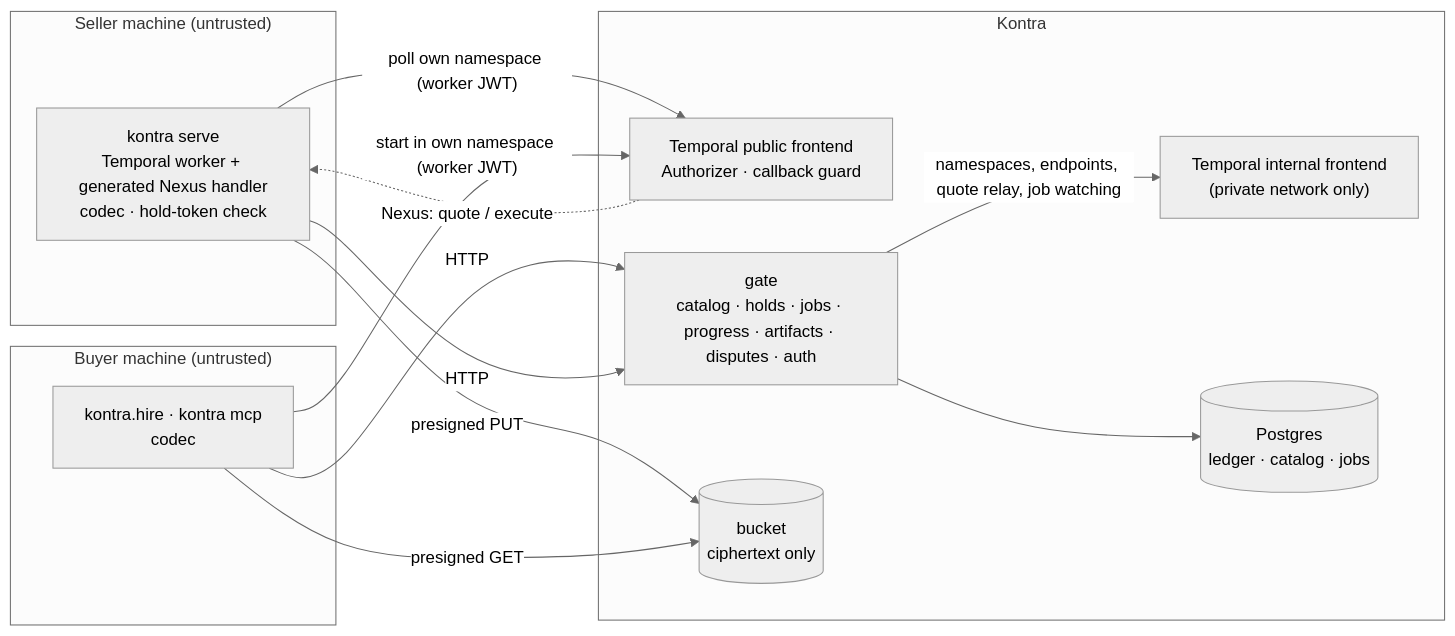
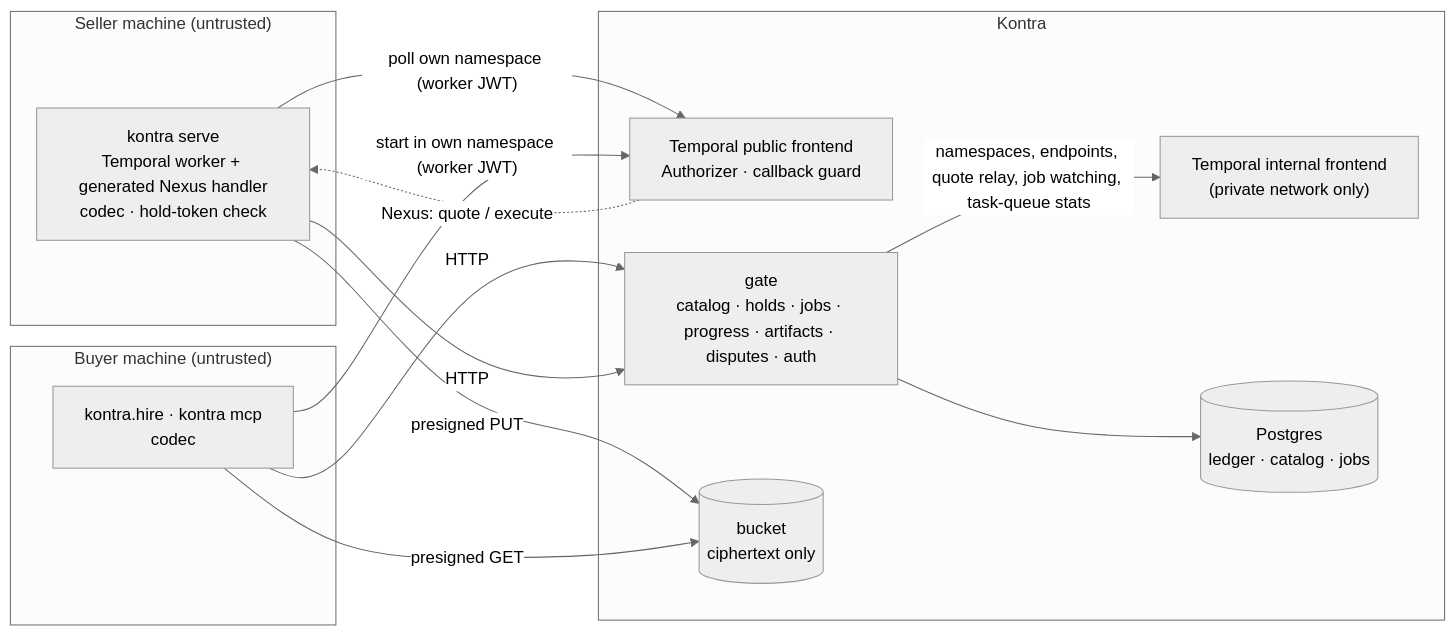
The diagram in docs/architecture.md (medmahmoudi26/kontra-sdk), drawn with Mermaid (neutral theme) before and after one commit. The commit also changed other lines of this file, not shown here.

````diff
--- a/docs/architecture.md
+++ b/docs/architecture.md
@@ -21,25 +21,25 @@
 ```mermaid
 flowchart LR
   subgraph SELLER["Seller machine (untrusted)"]
     SW["kontra serve<br/>Temporal worker + generated Nexus handler<br/>codec · hold-token check"]
   end
   subgraph BUYER["Buyer machine (untrusted)"]
     BS["kontra.hire · kontra mcp<br/>codec"]
   end
   subgraph KONTRA["Kontra"]
     FE["Temporal public frontend<br/>Authorizer · callback guard"]
     IFE["Temporal internal frontend<br/>(private network only)"]
     GATE["gate<br/>catalog · holds · jobs · progress · artifacts · disputes · auth"]
     DB[("Postgres<br/>ledger · catalog · jobs")]
     B[("bucket<br/>ciphertext only")]
   end
   SW -- "poll own namespace (worker JWT)" --> FE
   BS -- "start in own namespace (worker JWT)" --> FE
   FE -. "Nexus: quote / execute" .-> SW
   BS -- "HTTP" --> GATE
   SW -- "HTTP" --> GATE
   GATE --> DB
-  GATE -- "namespaces, endpoints, quote relay, job watching" --> IFE
+  GATE -- "namespaces, endpoints, quote relay, job watching, task-queue stats" --> IFE
   SW -- "presigned PUT" --> B
   BS -- "presigned GET" --> B
 ```
````
